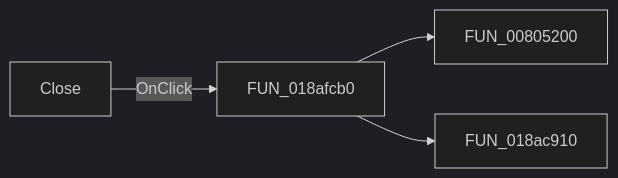
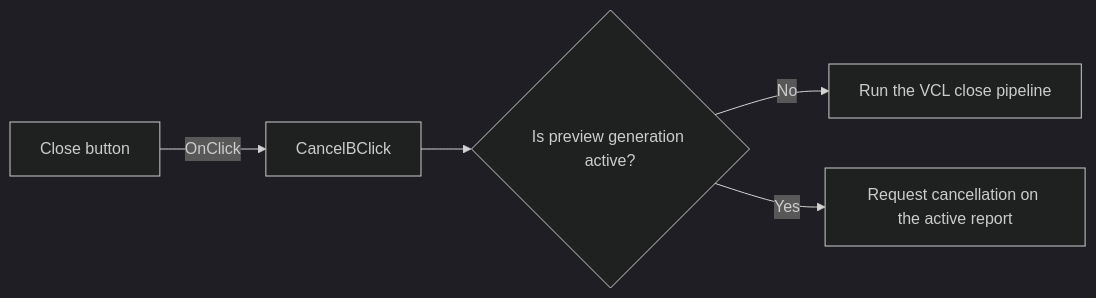
Before and after one commit to MovGP0/TIARA: the diagram in docs/ui-controls/frxpreviewform/cancelb-8cf3b6c6fb.md, drawn with Mermaid (dark theme). The commit also changed other lines of this file and 387 other files, not shown here.

````diff
--- a/docs/ui-controls/frxpreviewform/cancelb-8cf3b6c6fb.md
+++ b/docs/ui-controls/frxpreviewform/cancelb-8cf3b6c6fb.md
@@ -27,6 +27,7 @@
 ```mermaid
 flowchart LR
-    control["Close"] -->|OnClick| handler["FUN_018afcb0"]
-    handler --> call1["FUN_00805200"]
-    handler --> call2["FUN_018ac910"]
+    control["Close button"] -->|OnClick| handler["CancelBClick"]
+    handler --> busy{"Is preview generation active?"}
+    busy -->|No| close["Run the VCL close pipeline"]
+    busy -->|Yes| cancel["Request cancellation on the active report"]
 ```
````
